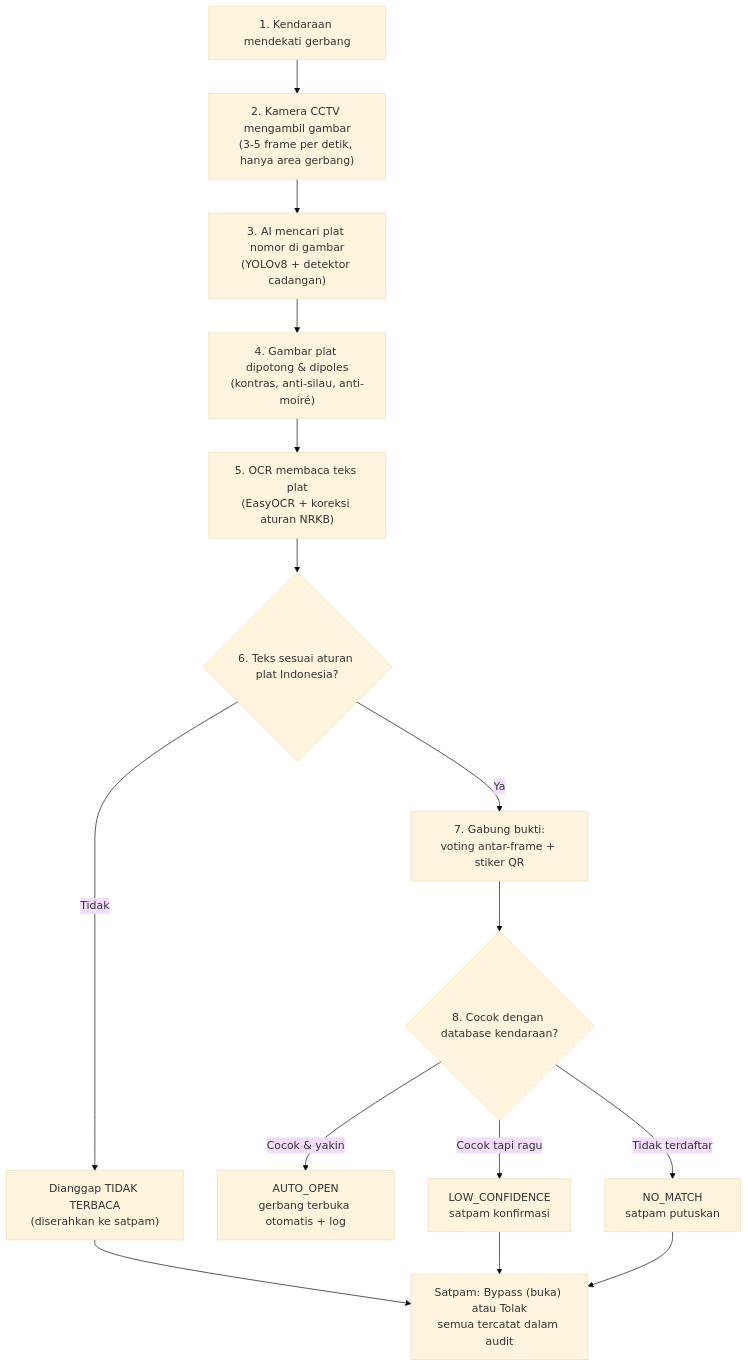
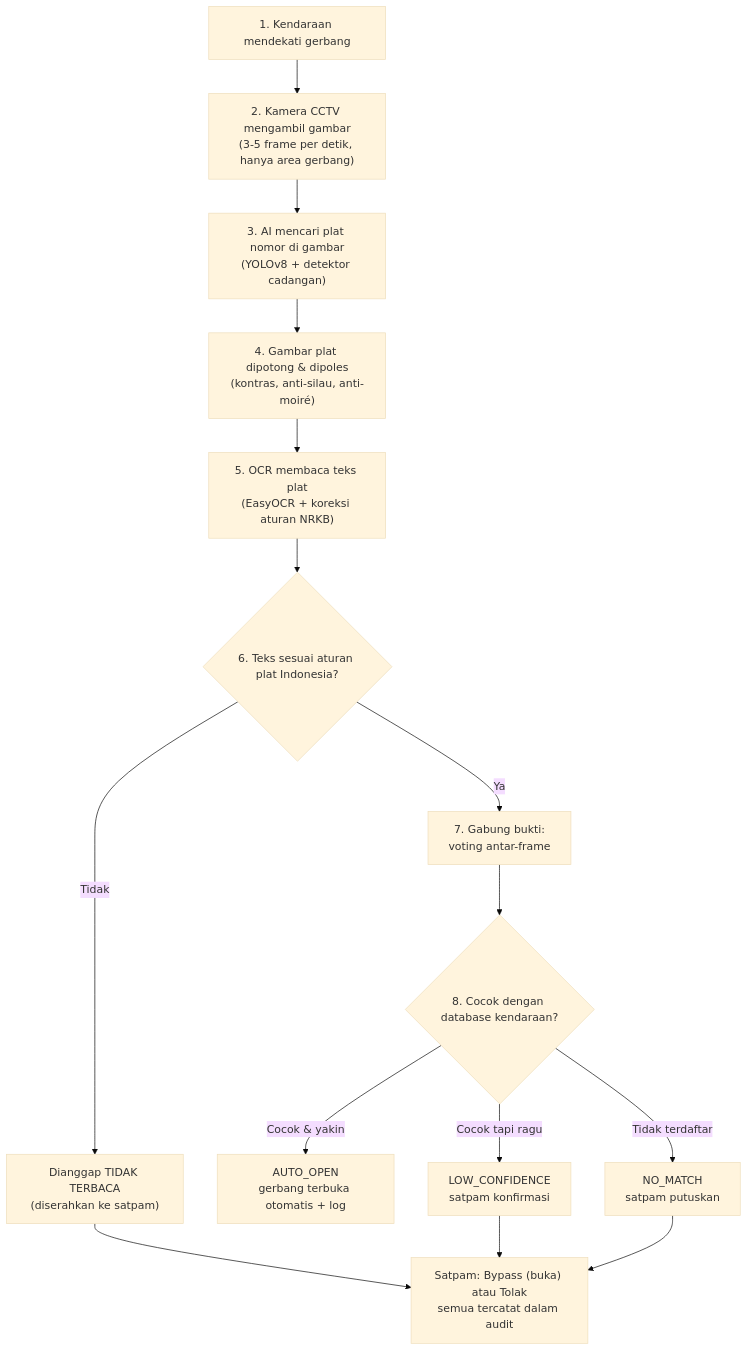
The diagram in docs/PRESENTASI.md (santz1994/SmartGateSystem), drawn with Mermaid (base theme) before and after one commit. The commit also changed other lines of this file and 19 other files, not shown here.

````diff
--- a/docs/PRESENTASI.md
+++ b/docs/PRESENTASI.md
@@ -28,17 +28,17 @@
 ```mermaid
 flowchart TD
     A["1. Kendaraan mendekati gerbang"] --> B["2. Kamera CCTV mengambil gambar<br/>(3-5 frame per detik, hanya area gerbang)"]
     B --> C["3. AI mencari plat nomor di gambar<br/>(YOLOv8 + detektor cadangan)"]
     C --> D["4. Gambar plat dipotong & dipoles<br/>(kontras, anti-silau, anti-moiré)"]
     D --> E["5. OCR membaca teks plat<br/>(EasyOCR + koreksi aturan NRKB)"]
     E --> F{"6. Teks sesuai aturan plat Indonesia?"}
     F -- Tidak --> G["Dianggap TIDAK TERBACA<br/>(diserahkan ke satpam)"]
-    F -- Ya --> H["7. Gabung bukti:<br/>voting antar-frame + stiker QR"]
+    F -- Ya --> H["7. Gabung bukti:<br/>voting antar-frame"]
     H --> I{"8. Cocok dengan database kendaraan?"}
     I -- Cocok & yakin --> J["AUTO_OPEN<br/>gerbang terbuka otomatis + log"]
     I -- Cocok tapi ragu --> K["LOW_CONFIDENCE<br/>satpam konfirmasi"]
     I -- Tidak terdaftar --> L["NO_MATCH<br/>satpam putuskan"]
     G --> M["Satpam: Bypass (buka) atau Tolak<br/>semua tercatat dalam audit"]
     K --> M
     L --> M
 ```
````
